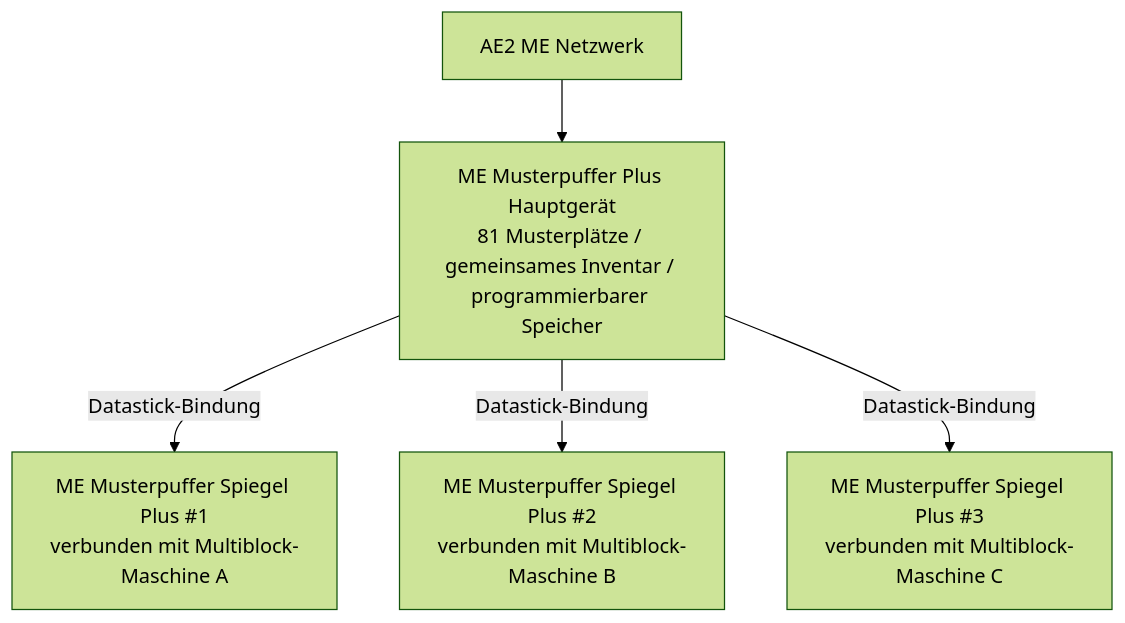
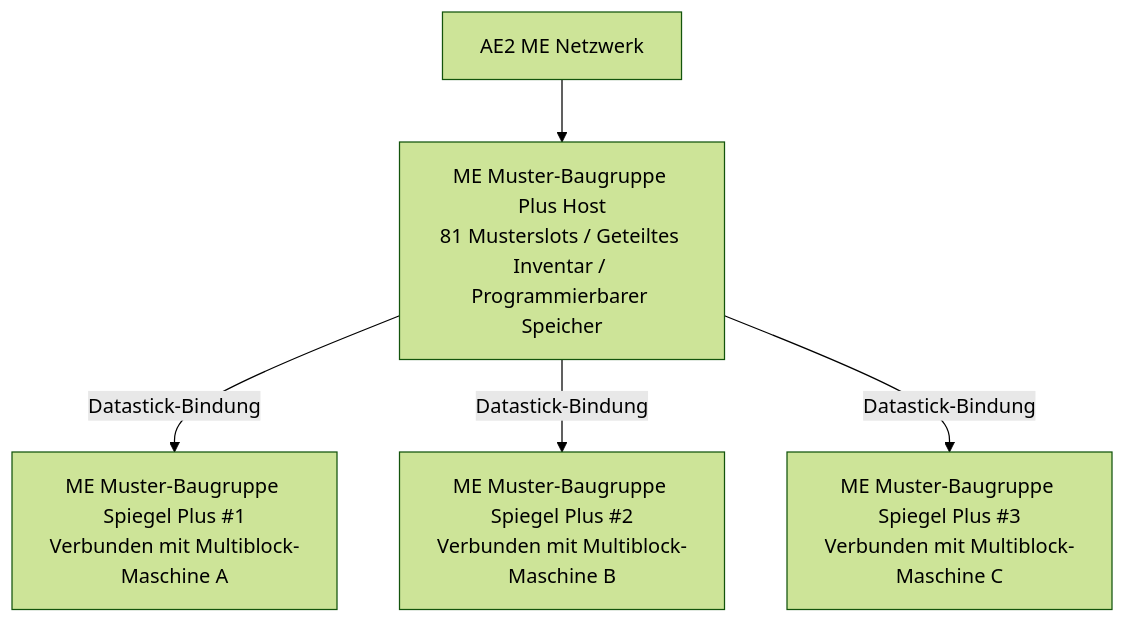
One commit to takanashisatou/GregtechEasy changed the diagram in docs/de/gtecore/ae2-integration.md. Above: the diagram before and after it, drawn with Mermaid (forest theme). The commit also changed other lines of this file and 138 other files, not shown here.

````diff
--- a/docs/de/gtecore/ae2-integration.md
+++ b/docs/de/gtecore/ae2-integration.md
@@ -13,7 +13,7 @@
 ```mermaid
 graph TD
-    A[AE2 ME Netzwerk] --> B[ME Musterpuffer Plus Hauptgerät<br/>81 Musterplätze / gemeinsames Inventar / programmierbarer Speicher]
-    B -->|Datastick-Bindung| C[ME Musterpuffer Spiegel Plus #1<br/>verbunden mit Multiblock-Maschine A]
-    B -->|Datastick-Bindung| D[ME Musterpuffer Spiegel Plus #2<br/>verbunden mit Multiblock-Maschine B]
-    B -->|Datastick-Bindung| E[ME Musterpuffer Spiegel Plus #3<br/>verbunden mit Multiblock-Maschine C]
+    A[AE2 ME Netzwerk] --> B[ME Muster-Baugruppe Plus Host<br/>81 Musterslots / Geteiltes Inventar / Programmierbarer Speicher]
+    B -->|Datastick-Bindung| C[ME Muster-Baugruppe Spiegel Plus #1<br/>Verbunden mit Multiblock-Maschine A]
+    B -->|Datastick-Bindung| D[ME Muster-Baugruppe Spiegel Plus #2<br/>Verbunden mit Multiblock-Maschine B]
+    B -->|Datastick-Bindung| E[ME Muster-Baugruppe Spiegel Plus #3<br/>Verbunden mit Multiblock-Maschine C]
 ```
````
